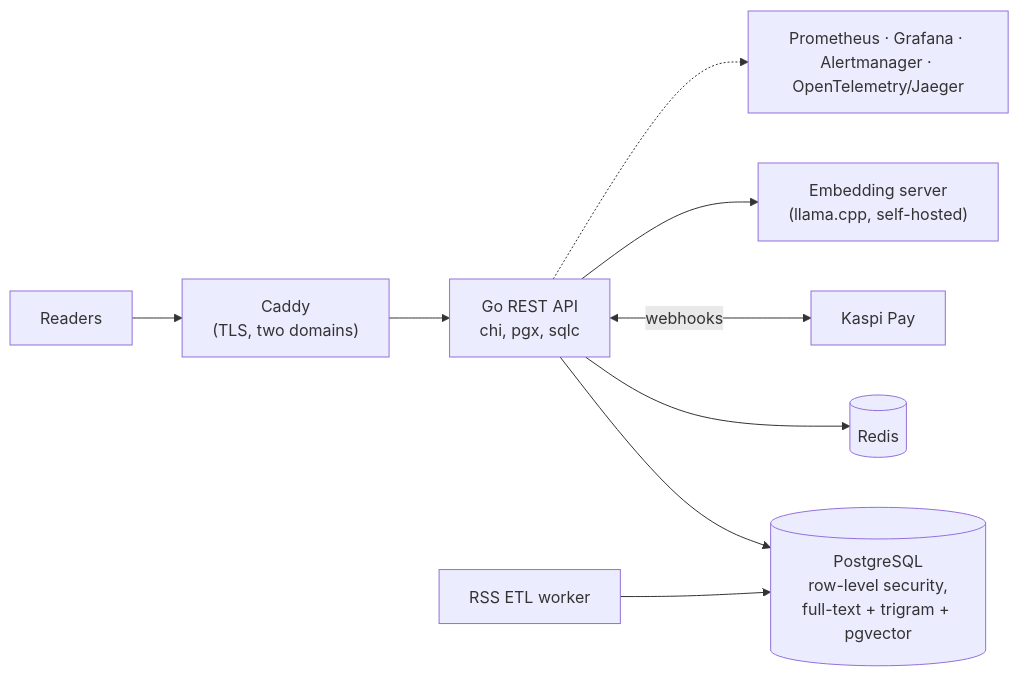
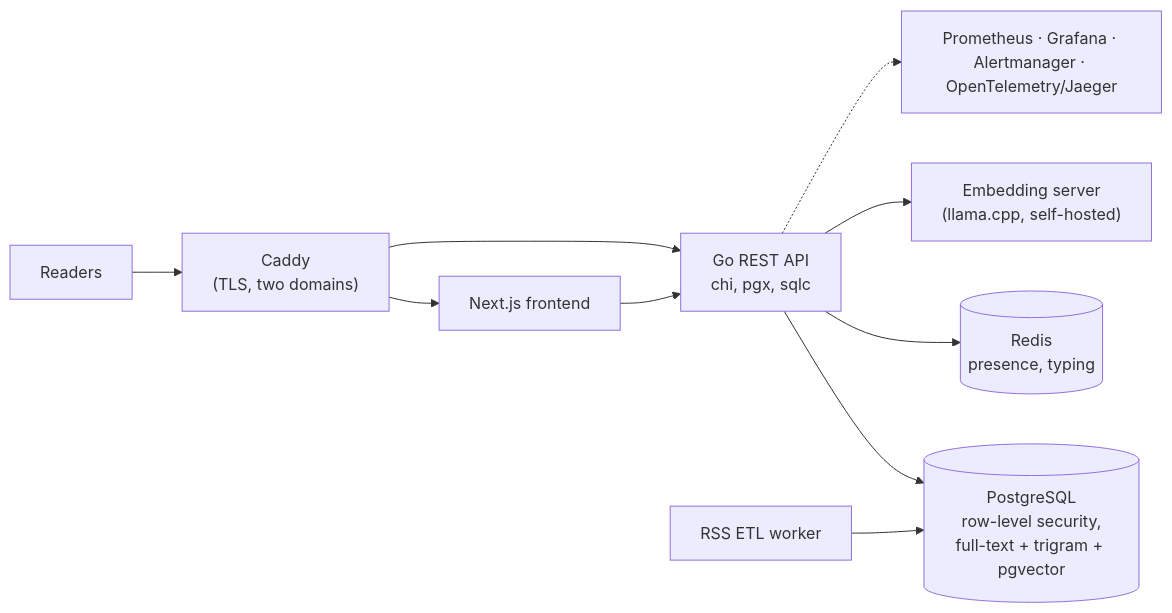
Before and after one commit to unsound-mint/unsound-mint: the diagram in case-studies/city-portals.md, drawn with Mermaid. The commit also changed other lines of this file and 2 other files, not shown here.

````diff
--- a/case-studies/city-portals.md
+++ b/case-studies/city-portals.md
@@ -5,11 +5,12 @@
 ```mermaid
 flowchart LR
     U[Readers] --> C["Caddy<br/>(TLS, two domains)"]
+    C --> W["Next.js frontend"]
     C --> API["Go REST API<br/>chi, pgx, sqlc"]
+    W --> API
     API --> PG[("PostgreSQL<br/>row-level security,<br/>full-text + trigram + pgvector")]
-    API --> RD[(Redis)]
-    API <-->|webhooks| KP[Kaspi Pay]
-    W[RSS ETL worker] --> PG
+    API --> RD[(Redis<br/>presence, typing)]
+    R[RSS ETL worker] --> PG
     API --> EMB["Embedding server<br/>(llama.cpp, self-hosted)"]
     API -.-> OBS[Prometheus · Grafana · Alertmanager · OpenTelemetry/Jaeger]
 ```
````
